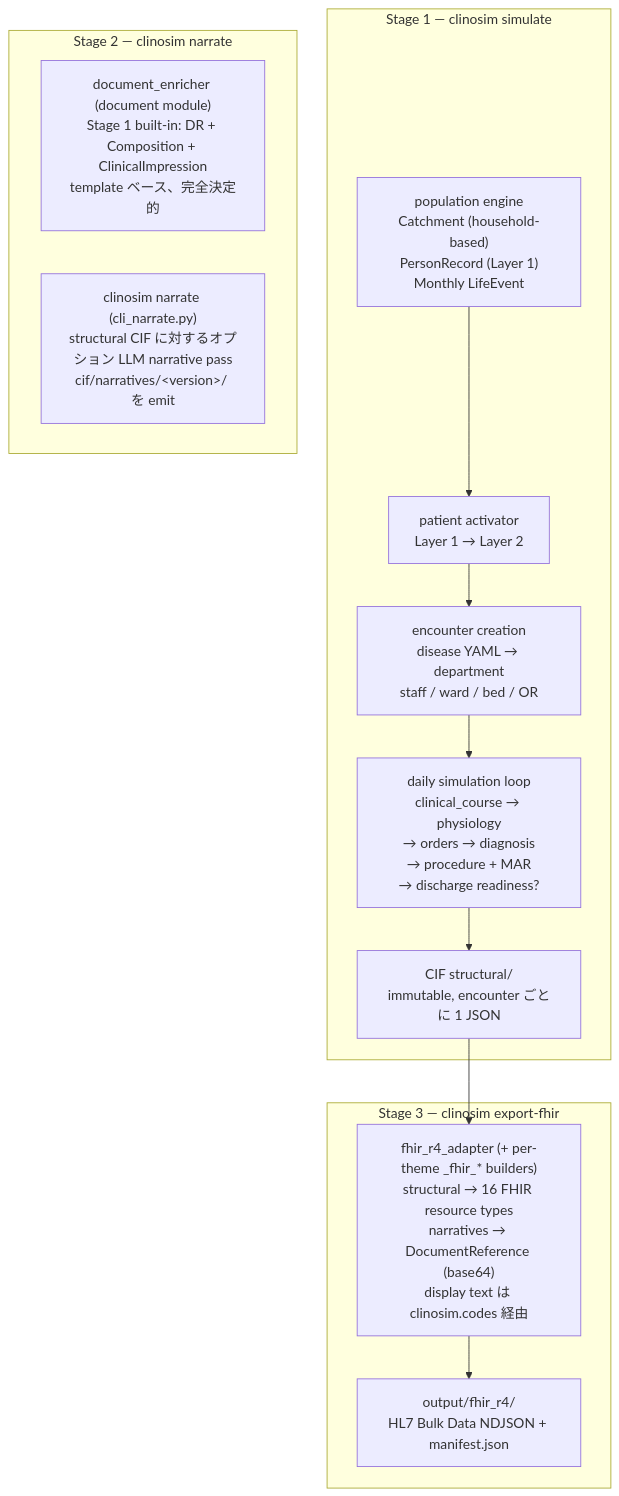
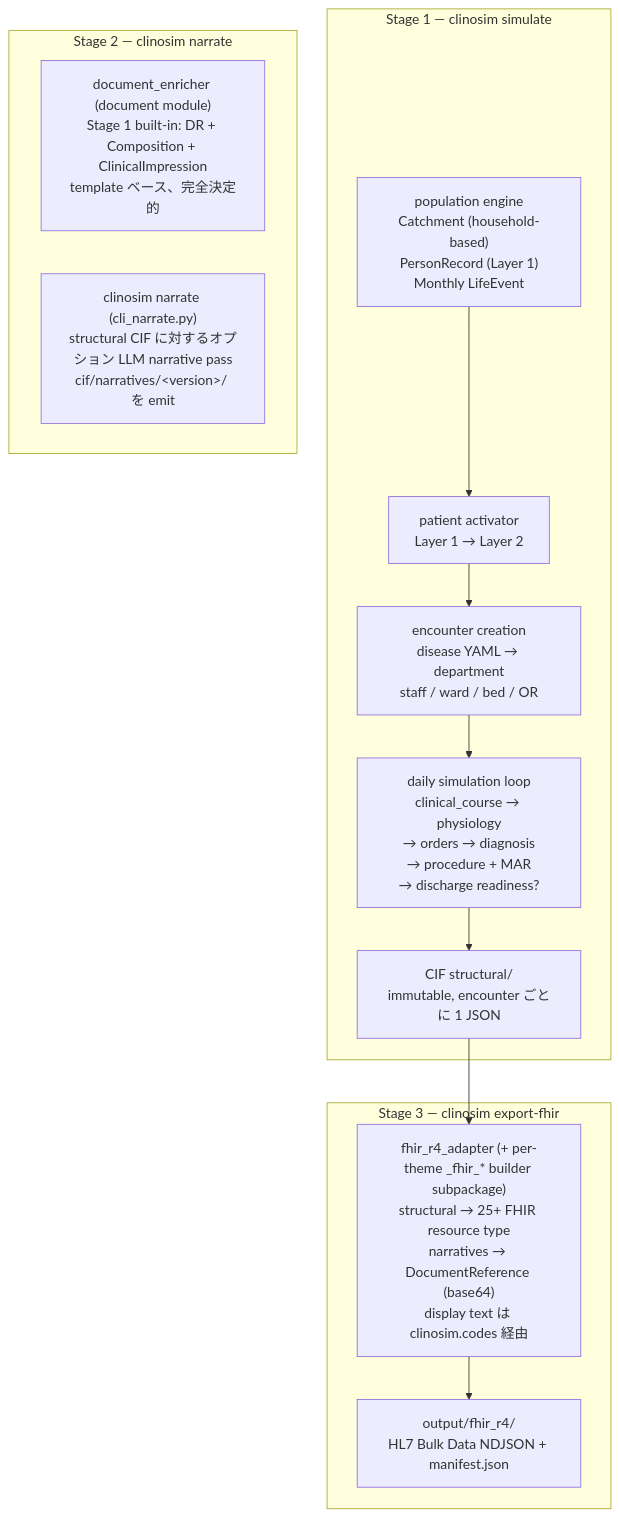
One commit to TomoOkuyama/clinosim changed the diagram in docs/architecture/data-flow.ja.md. Above: the diagram before and after it, drawn with Mermaid. The commit also changed 80 other files, not shown here.

````diff
--- a/docs/architecture/data-flow.ja.md
+++ b/docs/architecture/data-flow.ja.md
@@ -8,24 +8,24 @@
 ```mermaid
 flowchart TD
     subgraph stage1["Stage 1 — clinosim simulate"]
         pop["population engine<br/>Catchment (household-based)<br/>PersonRecord (Layer 1)<br/>Monthly LifeEvent"]
         act["patient activator<br/>Layer 1 → Layer 2"]
         enc["encounter creation<br/>disease YAML → department<br/>staff / ward / bed / OR"]
         loop["daily simulation loop<br/>clinical_course → physiology<br/>→ orders → diagnosis<br/>→ procedure + MAR<br/>→ discharge readiness?"]
         cif_s["CIF structural/<br/>immutable, encounter ごとに 1 JSON"]
         pop --> act --> enc --> loop --> cif_s
     end
 
     subgraph stage2["Stage 2 — clinosim narrate"]
         gen2["document_enricher (document module)<br/>Stage 1 built-in: DR + Composition + ClinicalImpression<br/>template ベース、完全決定的"]
         llm2["clinosim narrate (cli_narrate.py)<br/>structural CIF に対するオプション LLM narrative pass<br/>cif/narratives/&lt;version&gt;/ を emit"]
     end
 
     subgraph stage3["Stage 3 — clinosim export-fhir"]
-        adapter["fhir_r4_adapter (+ per-theme _fhir_* builders)<br/>structural → 16 FHIR resource types<br/>narratives → DocumentReference (base64)<br/>display text は clinosim.codes 経由"]
+        adapter["fhir_r4_adapter (+ per-theme _fhir_* builder subpackage)<br/>structural → 25+ FHIR resource type<br/>narratives → DocumentReference (base64)<br/>display text は clinosim.codes 経由"]
         fhir["output/fhir_r4/<br/>HL7 Bulk Data NDJSON + manifest.json"]
         adapter --> fhir
     end
 
     cif_s --> adapter
 ```
````
